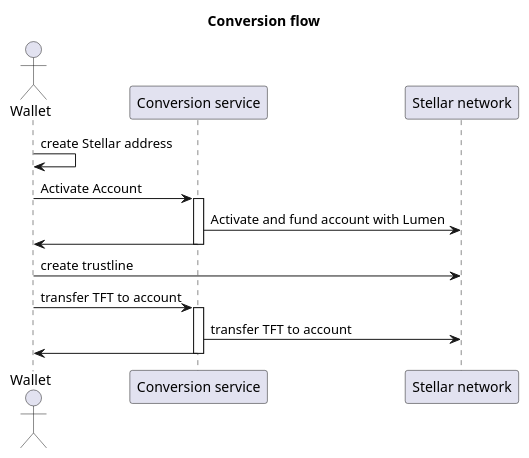
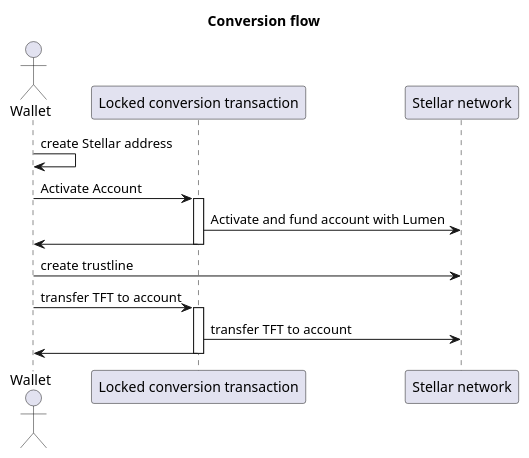
The diagram in specs/conversion/conversion.plantuml (threefoldfoundation/tft-stellar), drawn with PlantUML before and after one commit. The commit also changed 1 other file, not shown here.

Commit message:
update conversion sequence diagram

```diff
--- a/specs/conversion/conversion.plantuml
+++ b/specs/conversion/conversion.plantuml
@@ -1,27 +1,27 @@
 @startuml conversionflow
 
 title Conversion flow
 
 actor Wallet
-participant "Conversion service" as cs
+participant "Locked conversion transaction" as cs
 participant "Stellar network" as sn
 
 Wallet-> Wallet: create Stellar address
 
 Wallet -> cs: Activate Account
 activate cs
 cs-> sn: Activate and fund account with Lumen
 cs->Wallet
 deactivate cs
 
 Wallet->sn: create trustline
 Wallet->cs: transfer TFT to account
 activate cs
 cs-> sn : transfer TFT to account
 cs->Wallet
 deactivate cs
 
 
 
 
 @enduml
```
